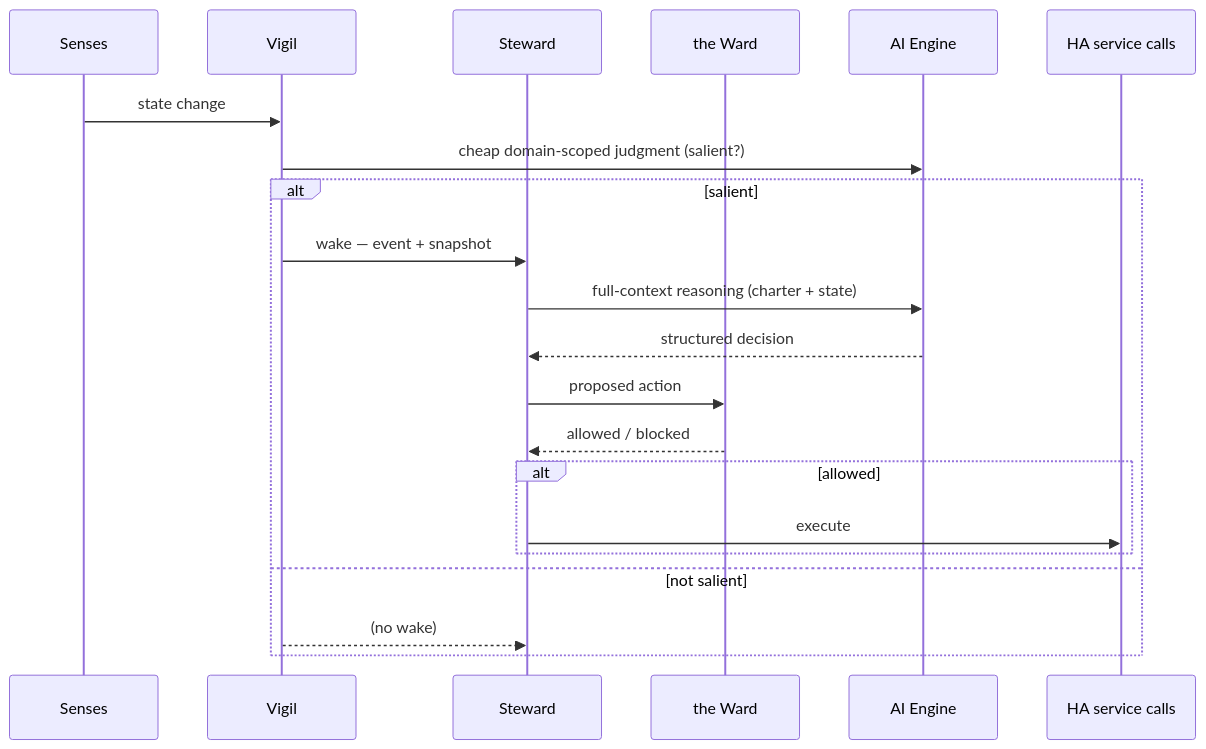
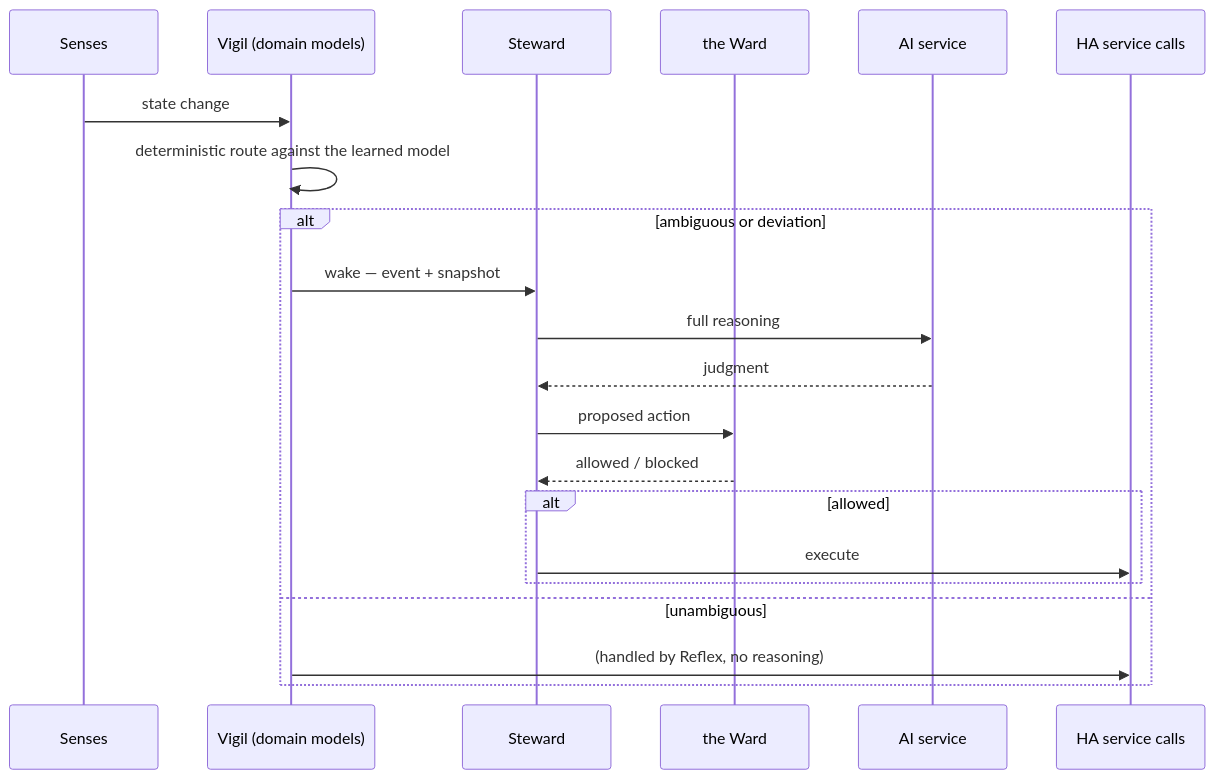
One commit to meremortals70/abode-ai-autonomy-steward changed the second of 3 diagrams in docs/architecture.md. Above: the diagram before and after it, drawn with Mermaid. The commit also changed other lines of this file and 5 other files, not shown here.

First line of the commit message:
docs: correct the architecture — one LLM, learned Vigil models, seed-learn-operate

````diff
--- a/docs/architecture.md
+++ b/docs/architecture.md
@@ -83,24 +80,24 @@
 ```mermaid
 sequenceDiagram
     participant S as Senses
-    participant V as Vigil
+    participant V as Vigil (domain models)
     participant St as Steward
     participant W as the Ward
-    participant A as AI Engine
+    participant A as AI service
     participant H as HA service calls
 
     S->>V: state change
-    V->>A: cheap domain-scoped judgment (salient?)
-    alt salient
+    V->>V: deterministic route against the learned model
+    alt ambiguous or deviation
         V->>St: wake — event + snapshot
-        St->>A: full-context reasoning (charter + state)
-        A-->>St: structured decision
+        St->>A: full reasoning
+        A-->>St: judgment
         St->>W: proposed action
         W-->>St: allowed / blocked
         alt allowed
             St->>H: execute
         end
-    else not salient
-        V-->>St: (no wake)
+    else unambiguous
+        V->>H: (handled by Reflex, no reasoning)
     end
 ```
````
